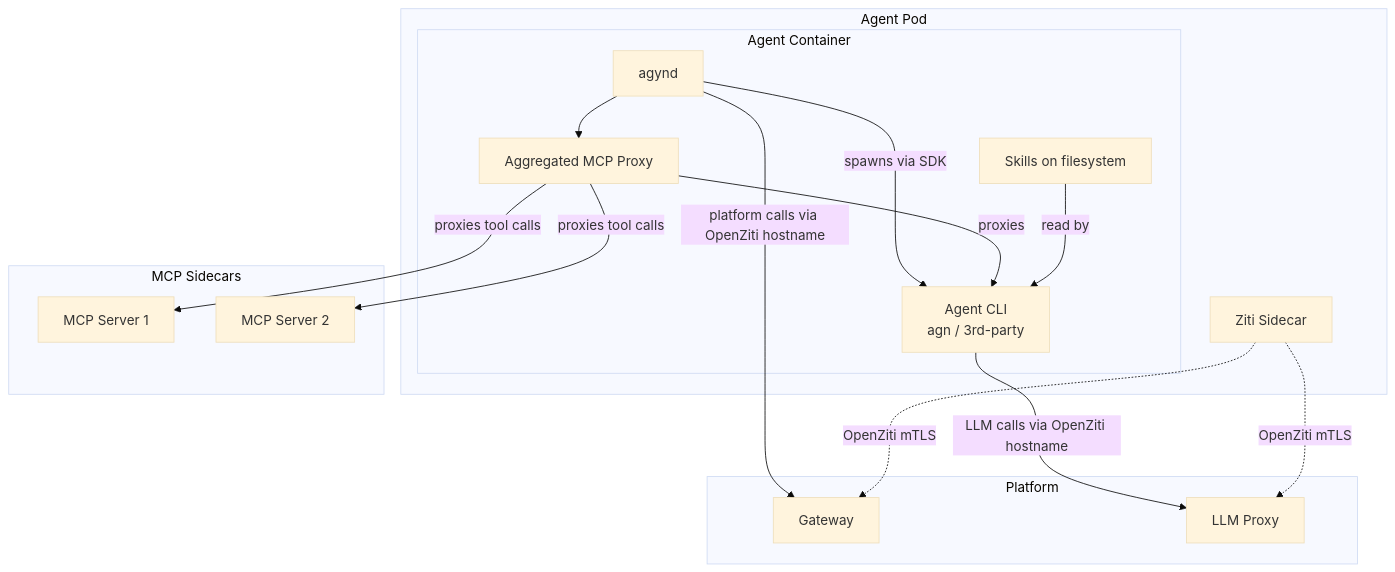
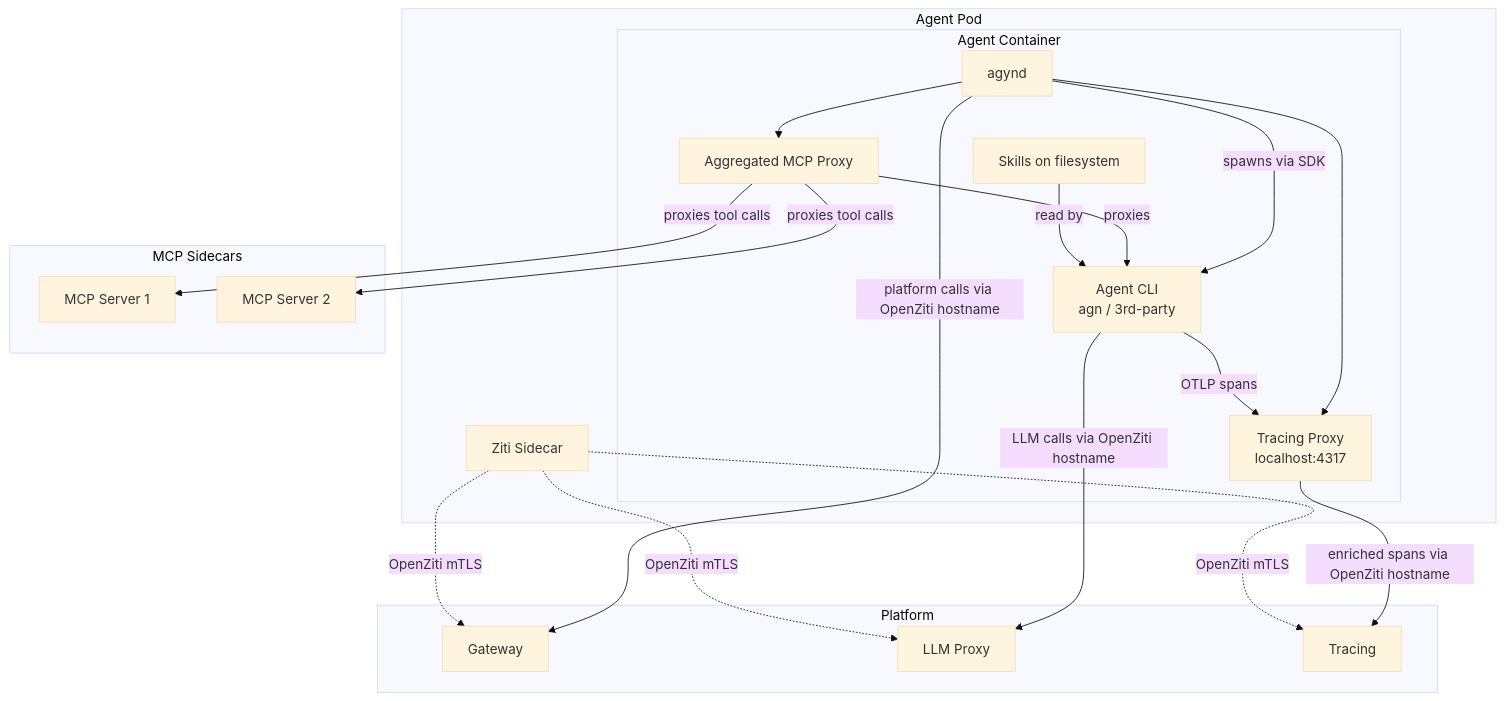
The first of 2 diagrams in architecture/agynd-cli.md (agynio/architecture), drawn with Mermaid (base theme) before and after one commit. The commit also changed other lines of this file and 6 other files, not shown here.

First line of the commit message:
spec: tracing authentication, authorization, and agynd tracing proxy

````diff
--- a/architecture/agynd-cli.md
+++ b/architecture/agynd-cli.md
@@ -106,33 +107,39 @@
 ```mermaid
 graph TB
     subgraph "Agent Pod"
         ZitiSidecar[Ziti Sidecar]
         subgraph "Agent Container"
             agynd[agynd]
             AgentCLI[Agent CLI<br/>agn / 3rd-party]
             AggMCP[Aggregated MCP Proxy]
+            TracingProxy[Tracing Proxy<br/>localhost:4317]
             Skills[Skills on filesystem]
 
             agynd -->|spawns via SDK| AgentCLI
             agynd --> AggMCP
+            agynd --> TracingProxy
             AggMCP -->|proxies| AgentCLI
             Skills -->|read by| AgentCLI
+            AgentCLI -->|OTLP spans| TracingProxy
         end
     end
 
     subgraph "MCP Sidecars"
         MCP1[MCP Server 1]
         MCP2[MCP Server 2]
     end
 
     subgraph Platform
         Gateway
         LLMProxy[LLM Proxy]
+        Tracing[Tracing]
     end
 
     agynd -->|platform calls via OpenZiti hostname| Gateway
     AgentCLI -->|LLM calls via OpenZiti hostname| LLMProxy
+    TracingProxy -->|enriched spans via OpenZiti hostname| Tracing
     ZitiSidecar -.->|OpenZiti mTLS| Gateway
     ZitiSidecar -.->|OpenZiti mTLS| LLMProxy
+    ZitiSidecar -.->|OpenZiti mTLS| Tracing
     AggMCP -->|proxies tool calls| MCP1 & MCP2
 ```
````
